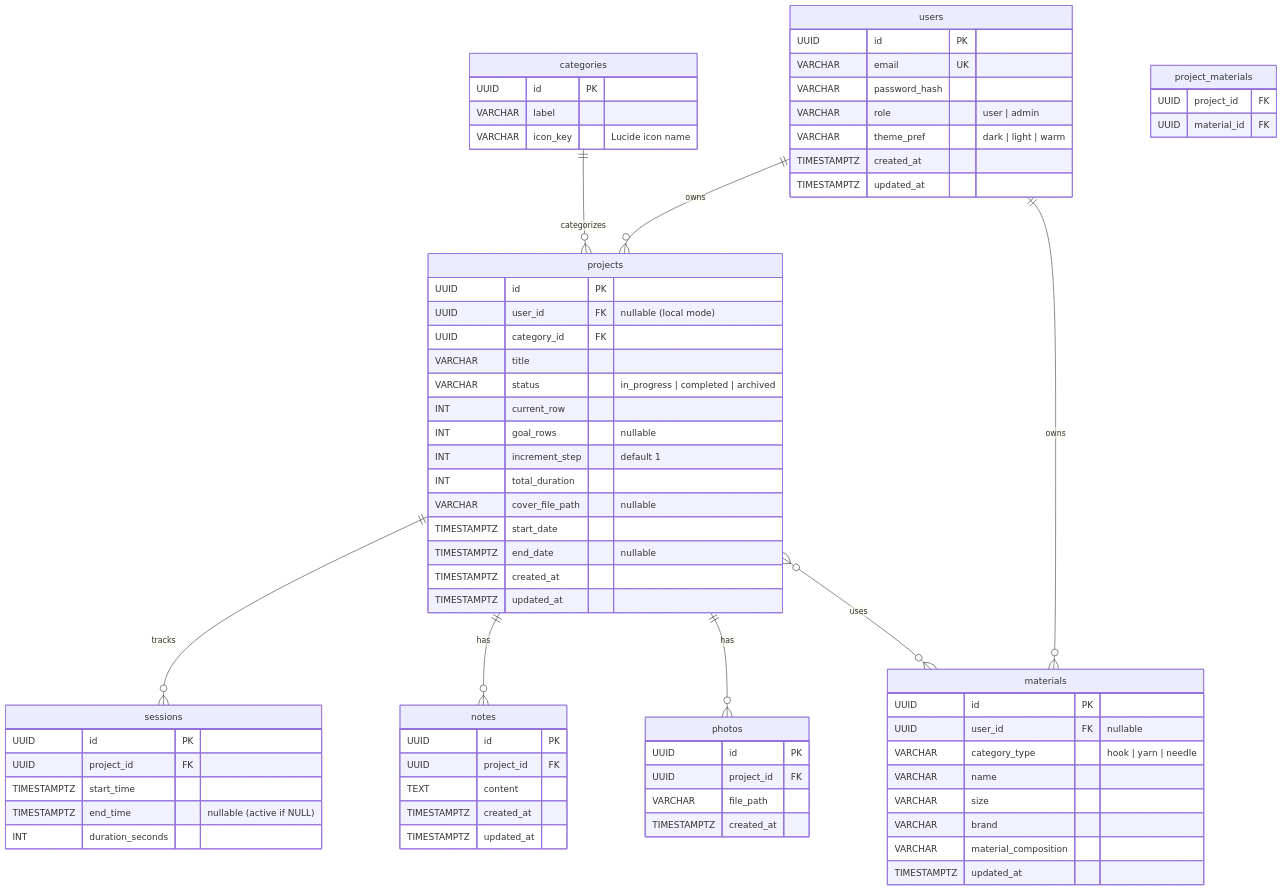
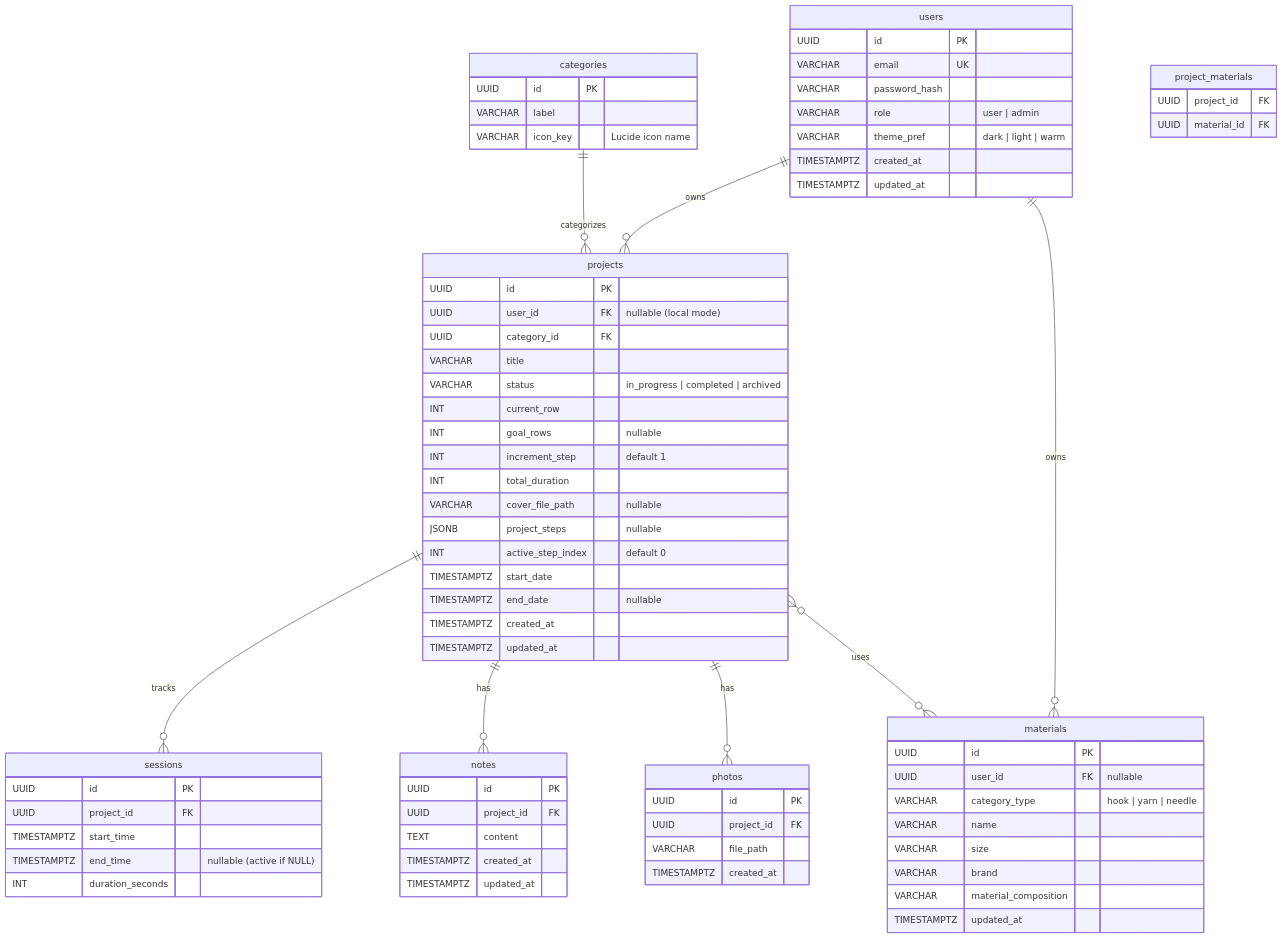
The fifth of 5 diagrams in .agent/spec/design.md (PumixA/hooked), drawn with Mermaid before and after one commit. The commit also changed 12 other files, not shown here.

```diff
--- a/.agent/spec/design.md
+++ b/.agent/spec/design.md
@@ -186,6 +186,8 @@
         INT increment_step "default 1"
         INT total_duration
         VARCHAR cover_file_path "nullable"
+        JSONB project_steps "nullable"
+        INT active_step_index "default 0"
         TIMESTAMPTZ start_date
         TIMESTAMPTZ end_date "nullable"
         TIMESTAMPTZ created_at
```
